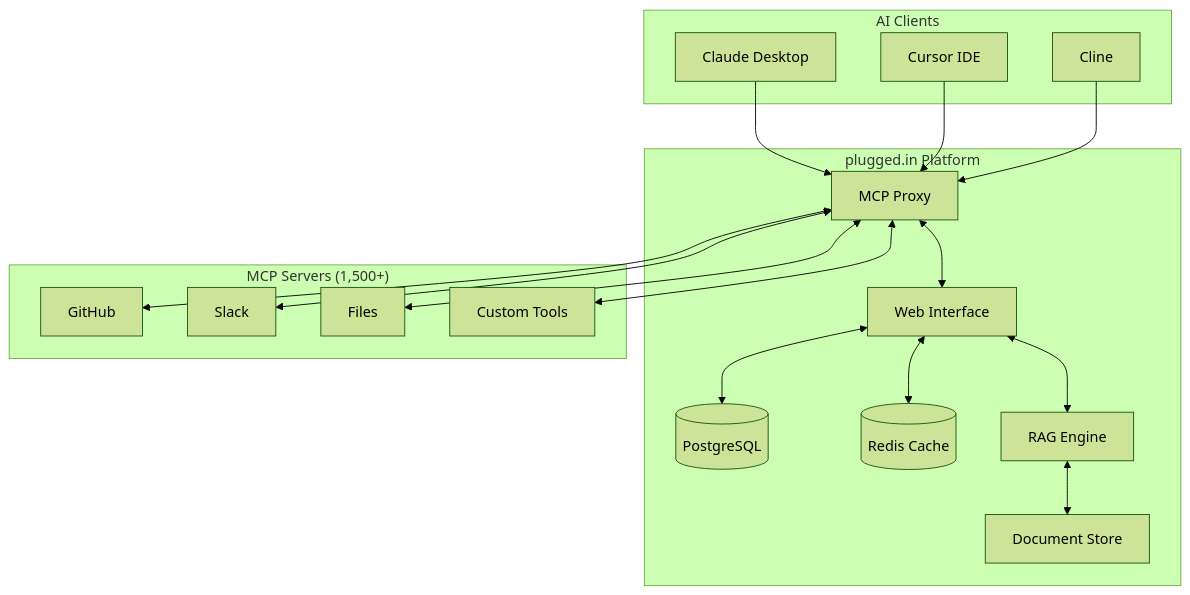
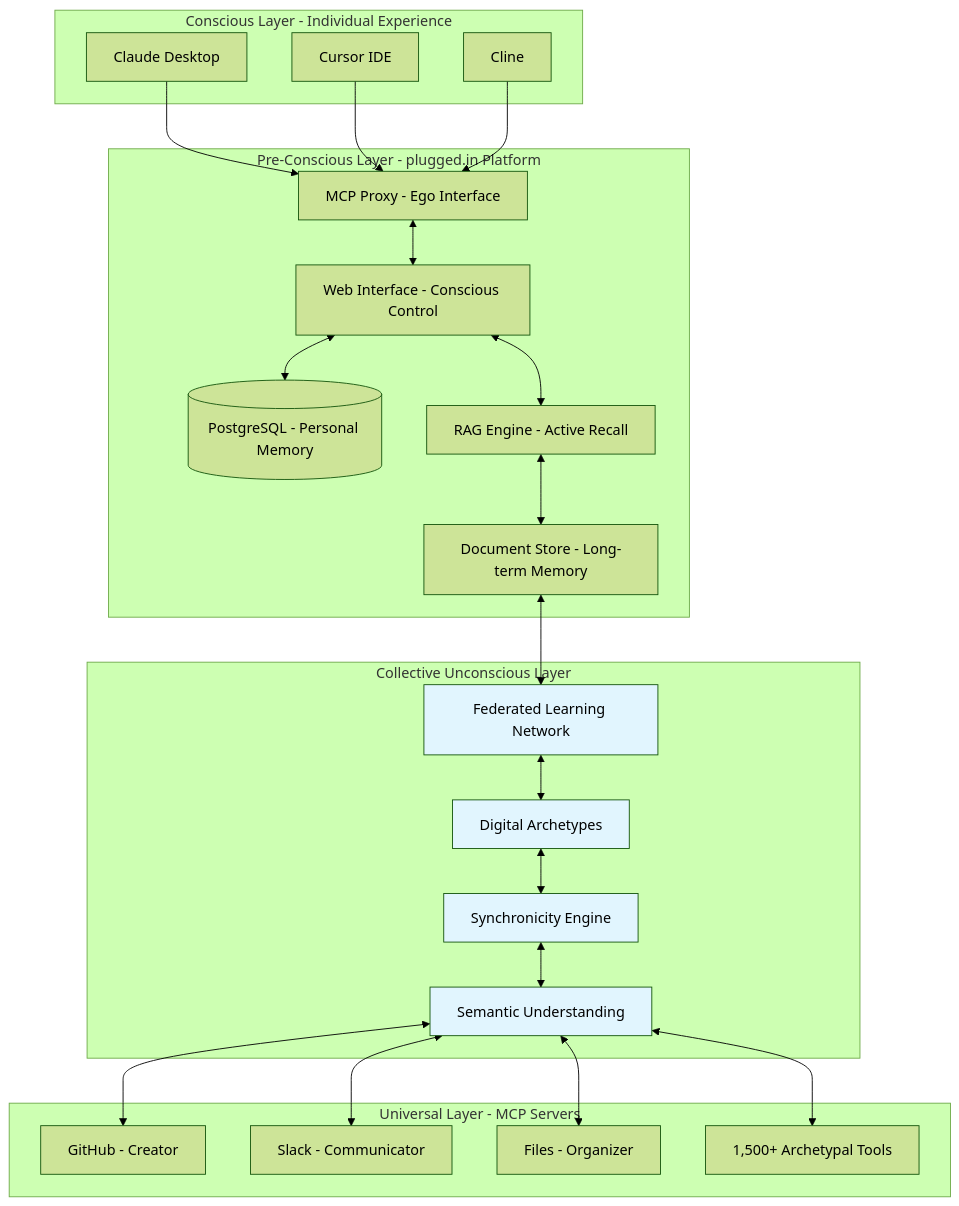
The diagram in README.md (VeriTeknik/pluggedin-app), drawn with Mermaid (forest theme) before and after one commit. The commit also changed other lines of this file, not shown here.

Commit message:
docs: Update README with enhanced architecture diagram and SDK info

````diff
--- a/README.md
+++ b/README.md
@@ -129,32 +177,46 @@
 ```mermaid
 graph TB
-    subgraph "AI Clients"
+    subgraph "Conscious Layer - Individual Experience"
         C1[Claude Desktop]
         C2[Cursor IDE]
         C3[Cline]
     end
 
-    subgraph "plugged.in Platform"
-        PROXY[MCP Proxy]
-        APP[Web Interface]
-        DB[(PostgreSQL)]
-        REDIS[(Redis Cache)]
-        RAG[RAG Engine]
-        DOC[Document Store]
+    subgraph "Pre-Conscious Layer - plugged.in Platform"
+        PROXY[MCP Proxy - Ego Interface]
+        APP[Web Interface - Conscious Control]
+        DB[(PostgreSQL - Personal Memory)]
+        RAG[RAG Engine - Active Recall]
+        DOC[Document Store - Long-term Memory]
     end
 
-    subgraph "MCP Servers (1,500+)"
-        S1[GitHub]
-        S2[Slack]
-        S3[Files]
-        S4[Custom Tools]
+    subgraph "Collective Unconscious Layer"
+        COLLECTIVE[Federated Learning Network]
+        ARCHETYPES[Digital Archetypes]
+        SYNC[Synchronicity Engine]
+        SEMANTIC[Semantic Understanding]
+    end
+
+    subgraph "Universal Layer - MCP Servers"
+        S1[GitHub - Creator]
+        S2[Slack - Communicator]
+        S3[Files - Organizer]
+        S4[1,500+ Archetypal Tools]
     end
 
     C1 & C2 & C3 --> PROXY
     PROXY <--> APP
     APP <--> DB
-    APP <--> REDIS
     APP <--> RAG
     RAG <--> DOC
-    PROXY <--> S1 & S2 & S3 & S4
+    DOC <--> COLLECTIVE
+    COLLECTIVE <--> ARCHETYPES
+    ARCHETYPES <--> SYNC
+    SYNC <--> SEMANTIC
+    SEMANTIC <--> S1 & S2 & S3 & S4
+
+    style COLLECTIVE fill:#e1f5fe
+    style ARCHETYPES fill:#e1f5fe
+    style SYNC fill:#e1f5fe
+    style SEMANTIC fill:#e1f5fe
 ```
````
